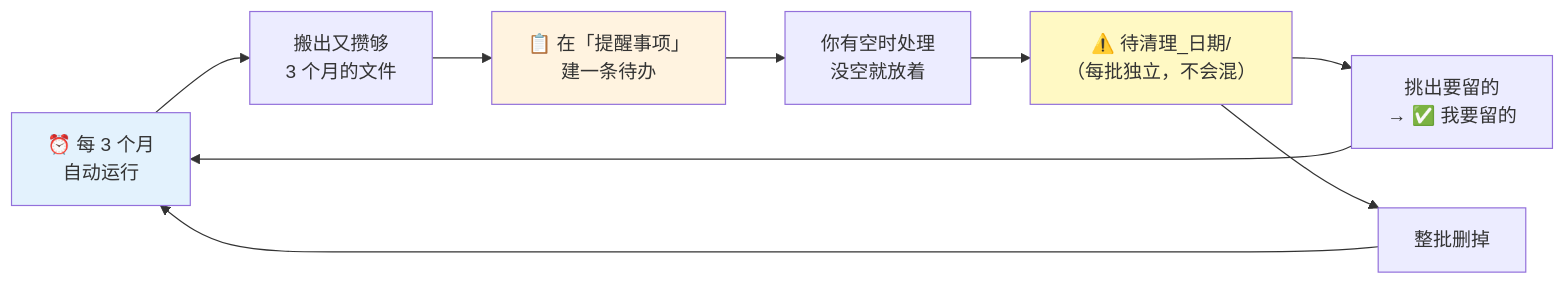
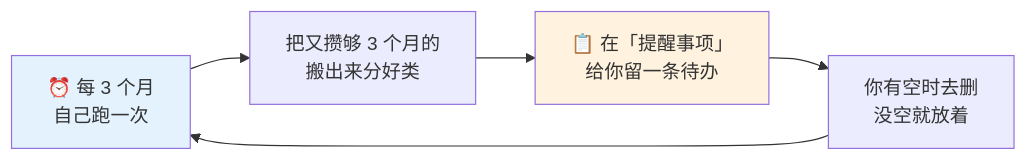
The second of 2 diagrams in README.md (Jane-xiaoer/xiaoer-wechat-sweeper), drawn with Mermaid before and after one commit. The commit also changed other lines of this file, not shown here.

First line of the commit message:
流程图重做：从条件分支图改成直线叙事

````diff
--- a/README.md
+++ b/README.md
@@ -181,15 +227,10 @@
 ```mermaid
 flowchart LR
-    A["⏰ 每 3 个月<br/>自动运行"] --> B["搬出又攒够<br/>3 个月的文件"]
-    B --> C["📋 在「提醒事项」<br/>建一条待办"]
-    C --> D["你有空时处理<br/>没空就放着"]
-    D --> E["⚠️ 待清理_日期/<br/>（每批独立，不会混）"]
-    E --> F["挑出要留的<br/>→ ✅ 我要留的"]
-    E --> G["整批删掉"]
-    F --> A
-    G --> A
+    A["⏰ 每 3 个月<br/>自己跑一次"] --> B["把又攒够 3 个月的<br/>搬出来分好类"]
+    B --> C["📋 在「提醒事项」<br/>给你留一条待办"]
+    C --> D["你有空时去删<br/>没空就放着"]
+    D --> A
 
     style A fill:#e3f2fd
     style C fill:#fff3e0
-    style E fill:#fff9c4
 ```
````
